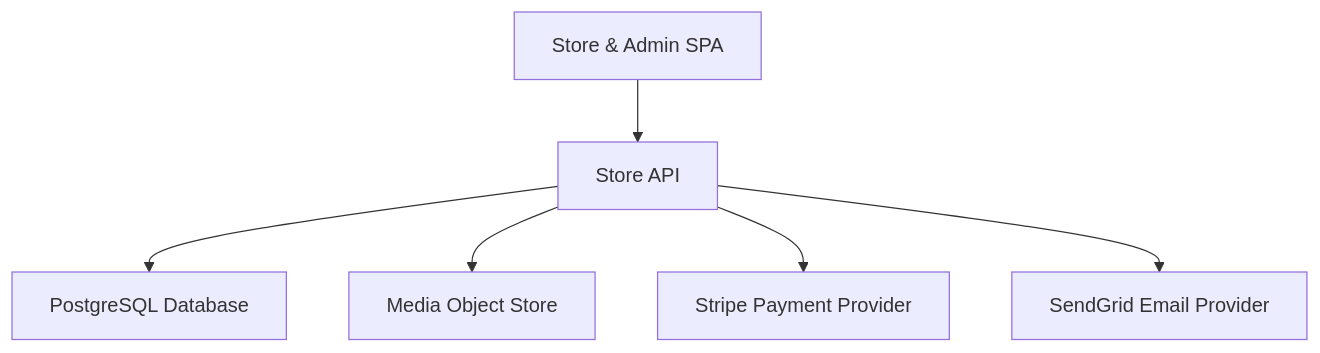
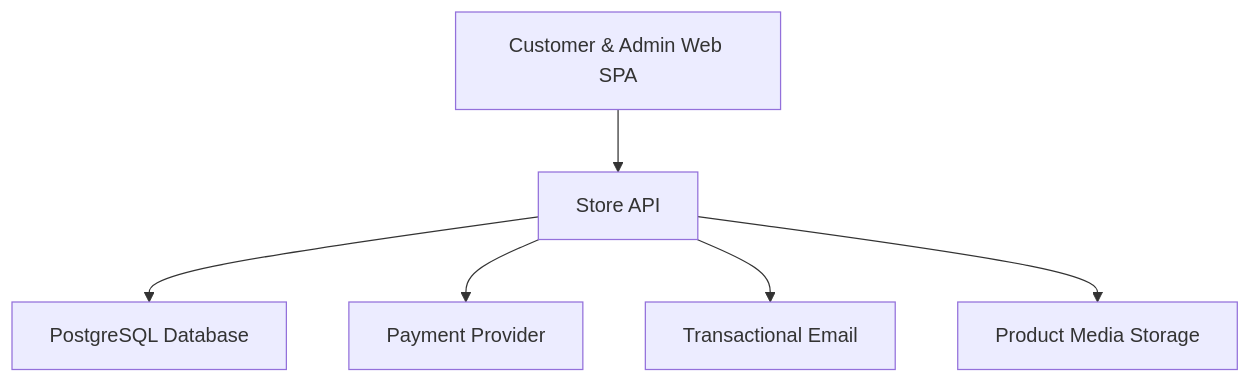
The first of 5 diagrams in docs/sdlc/architecture/README.md (saitejaquorq/store-app), drawn with Mermaid before and after one commit. The commit also changed other lines of this file and 15 other files, not shown here.

````diff
--- a/docs/sdlc/architecture/README.md
+++ b/docs/sdlc/architecture/README.md
@@ -237,14 +147,14 @@
 ```mermaid
 graph TD
-  c_spa["Store & Admin SPA"]
+  c_web_spa["Customer & Admin Web SPA"]
   c_api["Store API"]
   c_db["PostgreSQL Database"]
-  c_media_store["Media Object Store"]
-  c_payment["Stripe Payment Provider"]
-  c_email["SendGrid Email Provider"]
-  c_spa --> c_api
+  c_media_store["Product Media Storage"]
+  c_payment["Payment Provider"]
+  c_email["Transactional Email"]
+  c_web_spa --> c_api
   c_api --> c_db
-  c_api --> c_media_store
   c_api --> c_payment
   c_api --> c_email
+  c_api --> c_media_store
 ```
````
